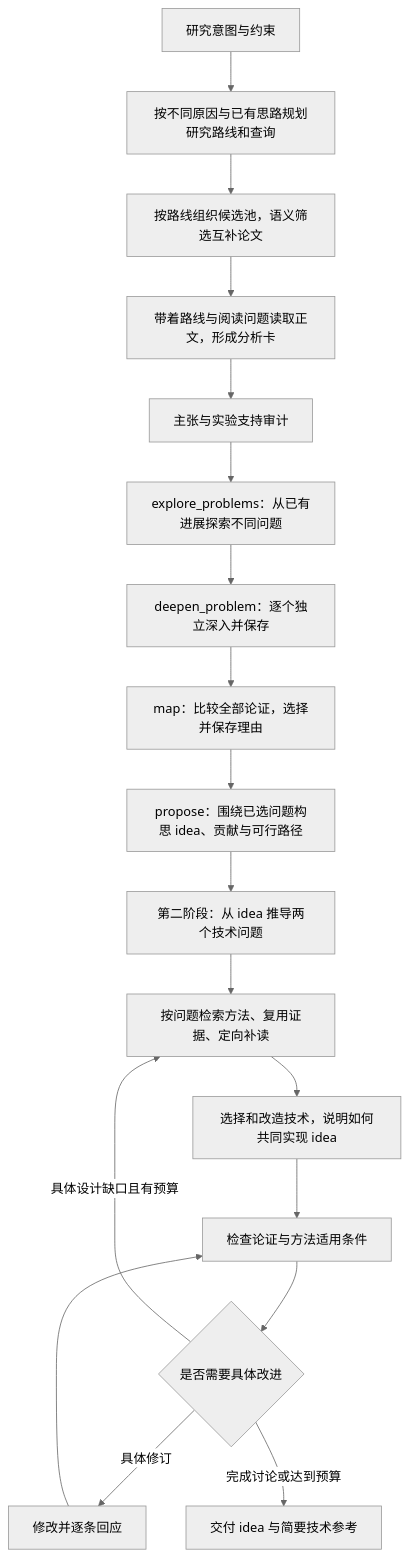
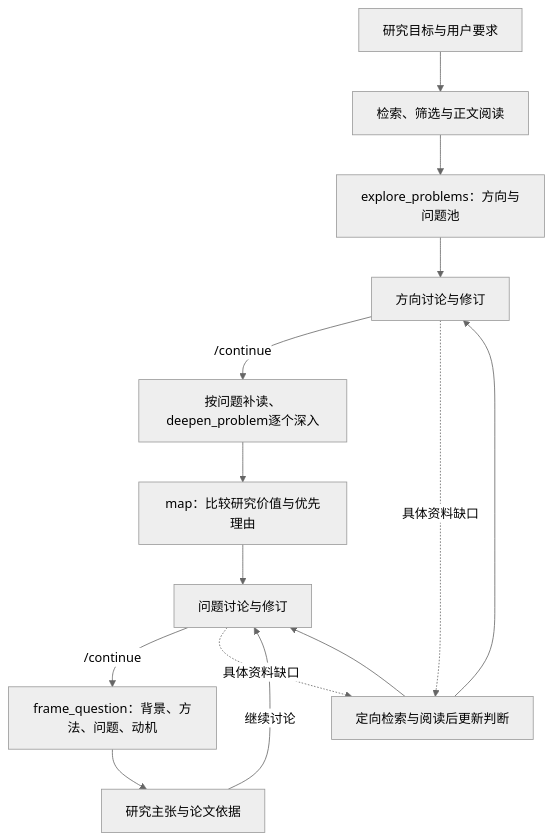
The diagram in docs/architecture.md (ghh1125/Research-idea), drawn with Mermaid (neutral theme) before and after one commit. The commit also changed other lines of this file and 34 other files, not shown here.

````diff
--- a/docs/architecture.md
+++ b/docs/architecture.md
@@ -21,20 +24,16 @@
 ```mermaid
 flowchart TD
-    A["研究意图与约束"] --> S["按不同原因与已有思路规划研究路线和查询"]
-    S --> T["按路线组织候选池，语义筛选互补论文"]
-    T --> B["带着路线与阅读问题读取正文，形成分析卡"]
-    B --> Q["主张与实验支持审计"]
-    Q --> P["explore_problems：从已有进展探索不同问题"]
-    P --> P1["deepen_problem：逐个独立深入并保存"]
-    P1 --> C["map：比较全部论证，选择并保存理由"]
-    C --> D["propose：围绕已选问题构思 idea、贡献与可行路径"]
-    D --> A2["第二阶段：从 idea 推导两个技术问题"]
-    A2 --> R["按问题检索方法、复用证据、定向补读"]
-    R --> M["选择和改造技术，说明如何共同实现 idea"]
-    M --> E["检查论证与方法适用条件"]
-    E --> F{"是否需要具体改进"}
-    F -->|具体设计缺口且有预算| R
-    F -->|具体修订| I["修改并逐条回应"]
-    I --> E
-    F -->|完成讨论或达到预算| H["交付 idea 与简要技术参考"]
+    A[研究目标与用户要求] --> B[检索、筛选与正文阅读]
+    B --> C[explore_problems：方向与问题池]
+    C --> D[方向讨论与修订]
+    D -->|/continue| E[按问题补读、deepen_problem逐个深入]
+    E --> F[map：比较研究价值与优先理由]
+    F --> G[问题讨论与修订]
+    G -->|/continue| H[frame_question：背景、方法、问题、动机]
+    D -.具体资料缺口.-> R[定向检索与阅读后更新判断]
+    G -.具体资料缺口.-> R
+    R --> D
+    R --> G
+    H --> I[研究主张与论文依据]
+    I -->|继续讨论| G
 ```
````
